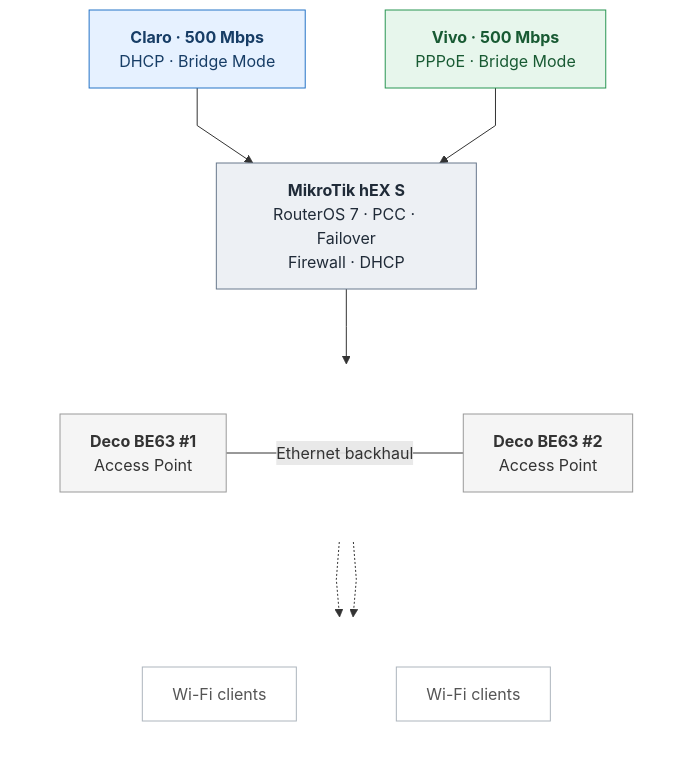
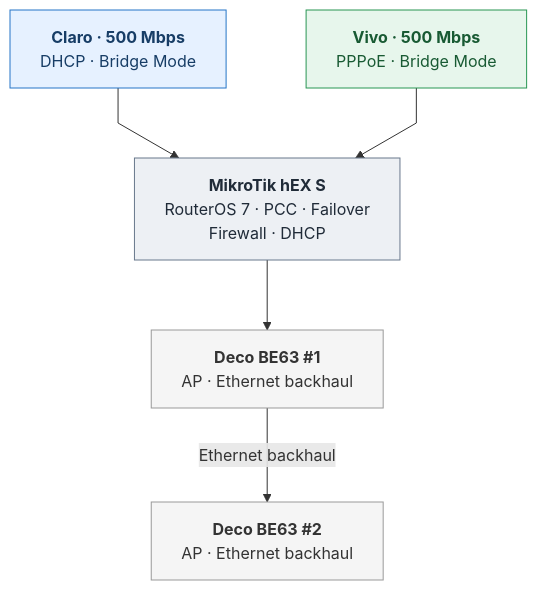
One commit to london36/mikrotik-dualwan-pcc-failover-monitoring changed the diagram in docs/mermaid-topology-preview.md. Above: the diagram before and after it, drawn with Mermaid. The commit also changed other lines of this file, not shown here.

Commit message:
docs: revert Mermaid topology preview from v7 to v5

````diff
--- a/docs/mermaid-topology-preview.md
+++ b/docs/mermaid-topology-preview.md
@@ -5,36 +5,24 @@
 ```mermaid
-%%{init: {"flowchart": {"minNodeWidth": 260, "nodeSpacing": 80, "rankSpacing": 75, "curve": "linear"}}}%%
+%%{init: {"flowchart": {"minNodeWidth": 260, "wrappingWidth": 280, "nodeSpacing": 80, "rankSpacing": 70, "curve": "linear"}}}%%
 flowchart TB
     C["<b>Claro · 500 Mbps</b><br/>DHCP · Bridge Mode"]
     V["<b>Vivo · 500 Mbps</b><br/>PPPoE · Bridge Mode"]
     M["<b>MikroTik hEX S</b><br/>RouterOS 7 · PCC · Failover<br/>Firewall · DHCP"]
-
-    subgraph APROW[" "]
-      direction LR
-      D1["<b>Deco BE63 #1</b><br/>Access Point"] ---|Ethernet backhaul| D2["<b>Deco BE63 #2</b><br/>Access Point"]
-    end
-
-    subgraph CLIENTROW[" "]
-      direction LR
-      W1["Wi-Fi clients"] ~~~ W2["Wi-Fi clients"]
-    end
+    D1["<b>Deco BE63 #1</b><br/>AP · Ethernet backhaul"]
+    D2["<b>Deco BE63 #2</b><br/>AP · Ethernet backhaul"]
 
     C --> M
     V --> M
     M --> D1
-    D1 -.-> W1
-    D2 -.-> W2
+    D1 -->|Ethernet backhaul| D2
 
     classDef claro fill:#e6f1ff,stroke:#2474c7,color:#173d66
     classDef vivo fill:#e7f6ec,stroke:#299653,color:#185a33
     classDef router fill:#edf0f4,stroke:#68788c,color:#202b38
     classDef deco fill:#f5f5f5,stroke:#999,color:#333
-    classDef clients fill:#ffffff,stroke:#adb5bd,color:#555
+
     class C claro
     class V vivo
     class M router
     class D1,D2 deco
-    class W1,W2 clients
-    style APROW fill:none,stroke:none
-    style CLIENTROW fill:none,stroke:none
 ```
````
